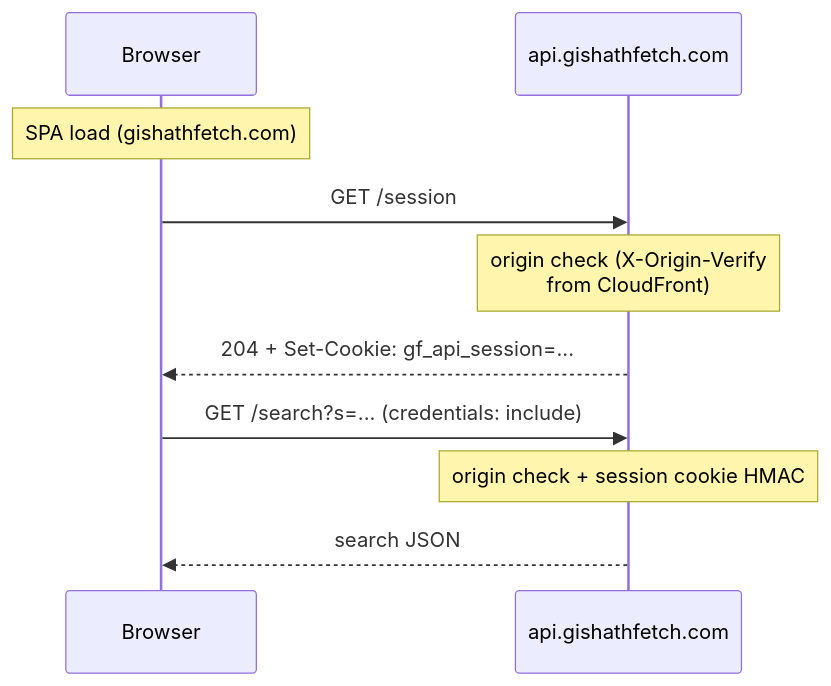
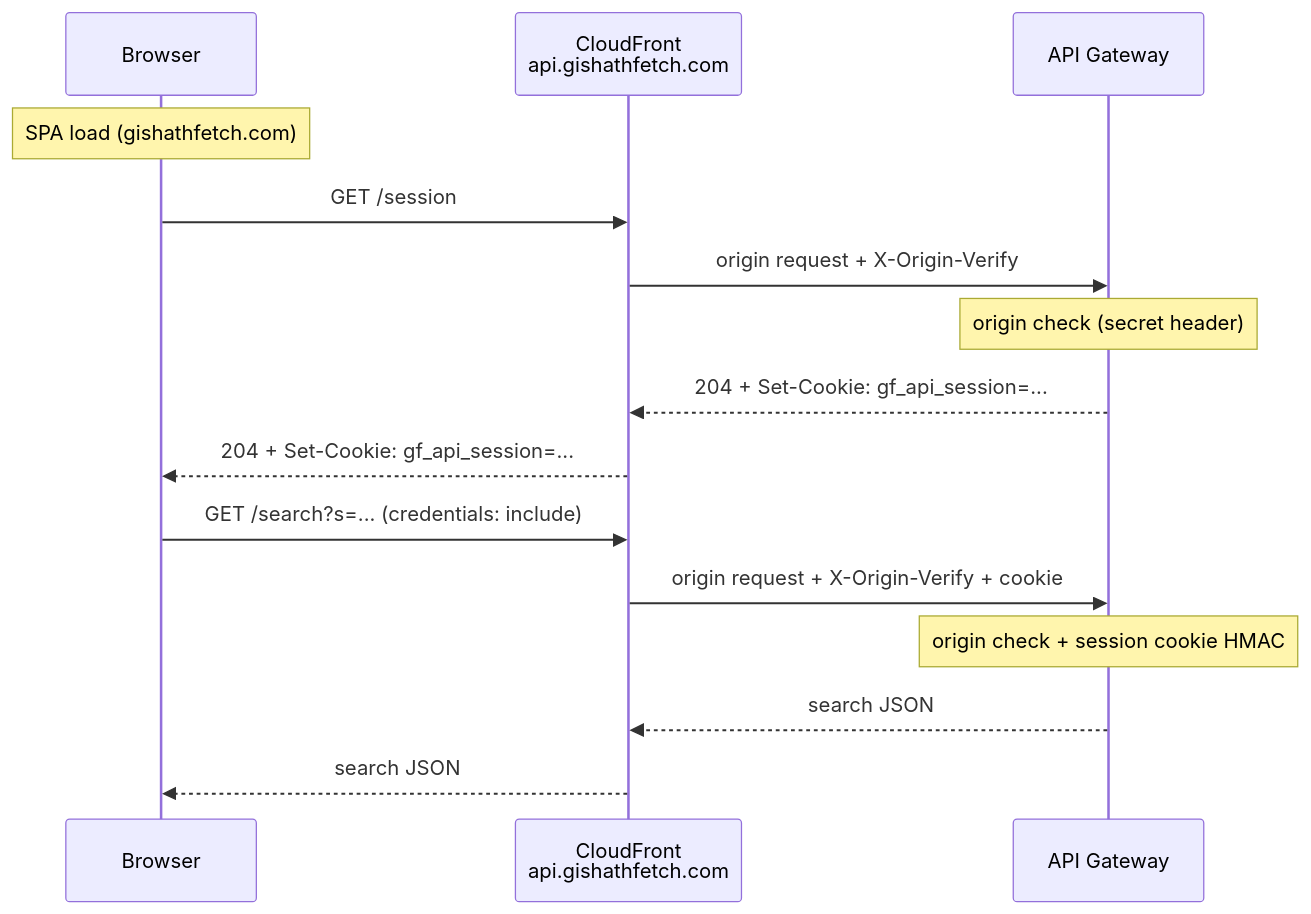
The diagram in docs/api-abuse-mitigation.md (xenodus/gishathfetch), drawn with Mermaid before and after one commit. The commit also changed other lines of this file and 7 other files, not shown here.

First line of the commit message:
Require CloudFront origin secret for API access

````diff
--- a/docs/api-abuse-mitigation.md
+++ b/docs/api-abuse-mitigation.md
@@ -20,13 +20,18 @@
 ```mermaid
 sequenceDiagram
     participant U as Browser
-    participant API as api.gishathfetch.com
+    participant CF as CloudFront<br/>api.gishathfetch.com
+    participant API as API Gateway
 
     Note over U: SPA load (gishathfetch.com)
-    U->>API: GET /session
-    Note over API: origin check (X-Origin-Verify<br/>from CloudFront)
-    API-->>U: 204 + Set-Cookie: gf_api_session=...
-    U->>API: GET /search?s=... (credentials: include)
+    U->>CF: GET /session
+    CF->>API: origin request + X-Origin-Verify
+    Note over API: origin check (secret header)
+    API-->>CF: 204 + Set-Cookie: gf_api_session=...
+    CF-->>U: 204 + Set-Cookie: gf_api_session=...
+    U->>CF: GET /search?s=... (credentials: include)
+    CF->>API: origin request + X-Origin-Verify + cookie
     Note over API: origin check + session cookie HMAC
-    API-->>U: search JSON
+    API-->>CF: search JSON
+    CF-->>U: search JSON
 ```
````
